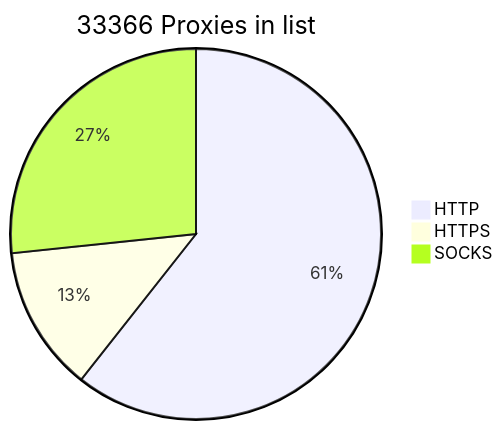
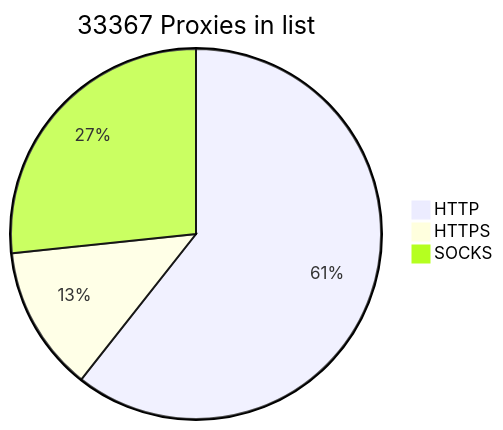
Before and after one commit to BlackSnowDot/proxylist-update-every-minute: the diagram in README.md, drawn with Mermaid.

````diff
--- a/README.md
+++ b/README.md
@@ -2,6 +2,6 @@
 ```mermaid
-pie title 33366 Proxies in list
+pie title 33367 Proxies in list
     "HTTP" : 22409
     "HTTPS": 4698
-    "SOCKS" : 9854
+    "SOCKS" : 9855
 ```
````
